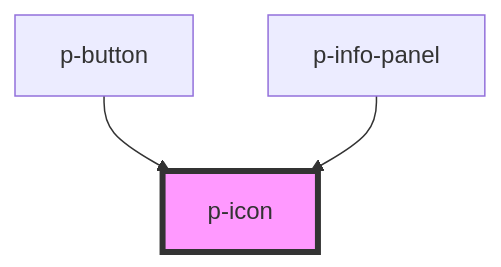
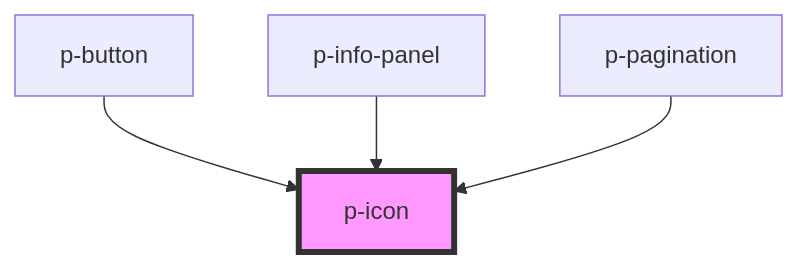
One commit to Employes/paperless changed the diagram in packages/core/src/components/atoms/icon/readme.md. Above: the diagram before and after it, drawn with Mermaid. The commit also changed other lines of this file and 9 other files, not shown here.

````diff
--- a/packages/core/src/components/atoms/icon/readme.md
+++ b/packages/core/src/components/atoms/icon/readme.md
@@ -30,6 +31,7 @@
 ```mermaid
 graph TD;
   p-button --> p-icon
   p-info-panel --> p-icon
+  p-pagination --> p-icon
   style p-icon fill:#f9f,stroke:#333,stroke-width:4px
 ```
````
